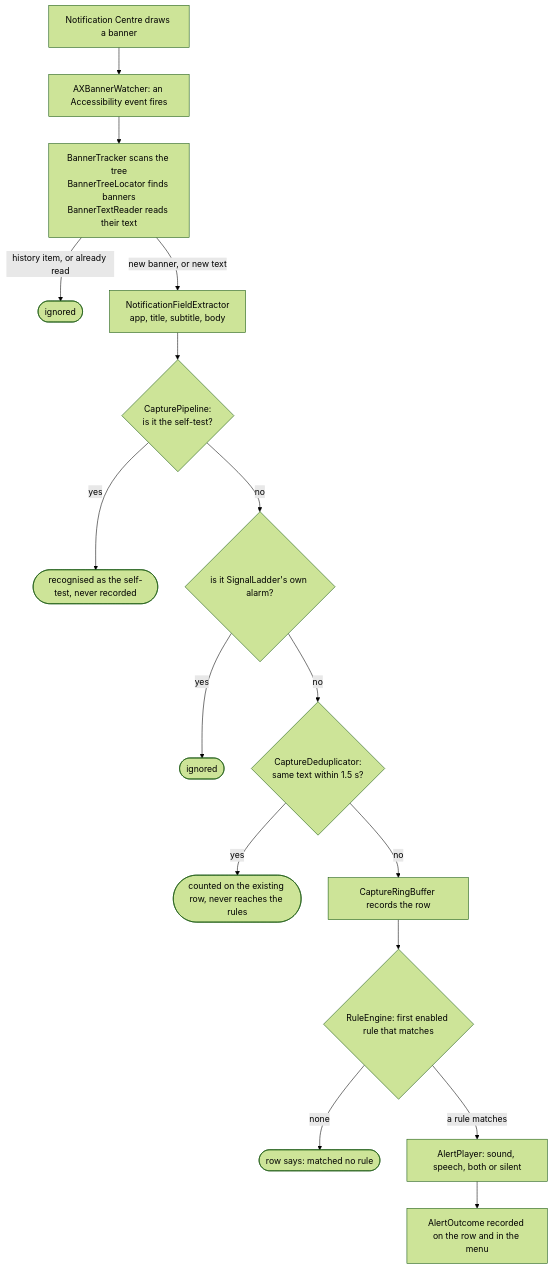
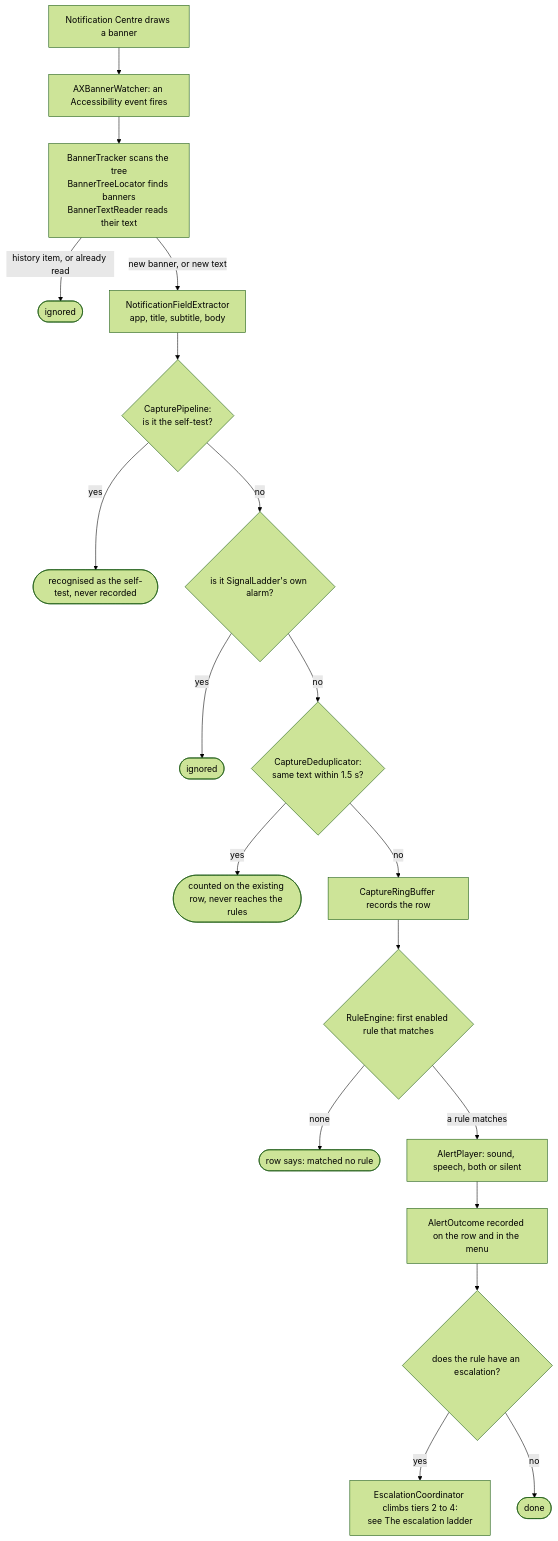
The second of 2 diagrams in docs/architecture.md (JWhite212/SignalLadder), drawn with Mermaid (forest theme) before and after one commit. The commit also changed other lines of this file and 11 other files, not shown here.

First line of the commit message:
docs: escalation is built, and every page says what it does

````diff
--- a/docs/architecture.md
+++ b/docs/architecture.md
@@ -128,18 +144,21 @@
 ```mermaid
 flowchart TD
     A["Notification Centre draws a banner"] --> B["AXBannerWatcher: an Accessibility event fires"]
     B --> C["BannerTracker scans the tree<br/>BannerTreeLocator finds banners<br/>BannerTextReader reads their text"]
     C -->|"history item, or already read"| X1(["ignored"])
     C -->|"new banner, or new text"| D["NotificationFieldExtractor<br/>app, title, subtitle, body"]
     D --> E{"CapturePipeline:<br/>is it the self-test?"}
     E -->|"yes"| X2(["recognised as the self-test, never recorded"])
     E -->|"no"| F{"is it SignalLadder's own alarm?"}
     F -->|"yes"| X3(["ignored"])
     F -->|"no"| G{"CaptureDeduplicator:<br/>same text within 1.5 s?"}
     G -->|"yes"| X4(["counted on the existing row, never reaches the rules"])
     G -->|"no"| H["CaptureRingBuffer records the row"]
     H --> I{"RuleEngine: first enabled rule that matches"}
     I -->|"none"| X5(["row says: matched no rule"])
     I -->|"a rule matches"| J["AlertPlayer: sound, speech, both or silent"]
     J --> K["AlertOutcome recorded on the row and in the menu"]
+    K --> L{"does the rule have an escalation?"}
+    L -->|"yes"| M["EscalationCoordinator climbs tiers 2 to 4:<br/>see The escalation ladder"]
+    L -->|"no"| X6(["done"])
 ```
````
